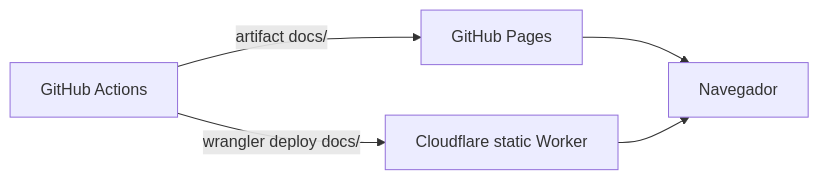
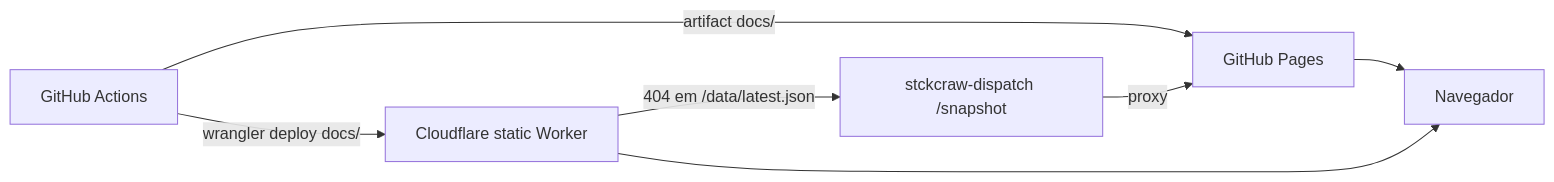
Before and after one commit to fabianoflorentino/stckcraw: the sixth of 9 diagrams in docs/architecture.md, drawn with Mermaid. The commit also changed other lines of this file and 4 other files, not shown here.

Commit message:
feat(cloudflare): proxy the Pages snapshot for the static mirror

````diff
--- a/docs/architecture.md
+++ b/docs/architecture.md
@@ -131,7 +131,9 @@
 ```mermaid
 flowchart LR
   actions["GitHub Actions"] -->|artifact docs/| pages["GitHub Pages"]
   actions -->|wrangler deploy docs/| cf["Cloudflare static Worker"]
   pages --> user["Navegador"]
   cf --> user
+  cf -->|404 em /data/latest.json| dispatch["stckcraw-dispatch /snapshot"]
+  dispatch -->|proxy| pages
 ```
````
